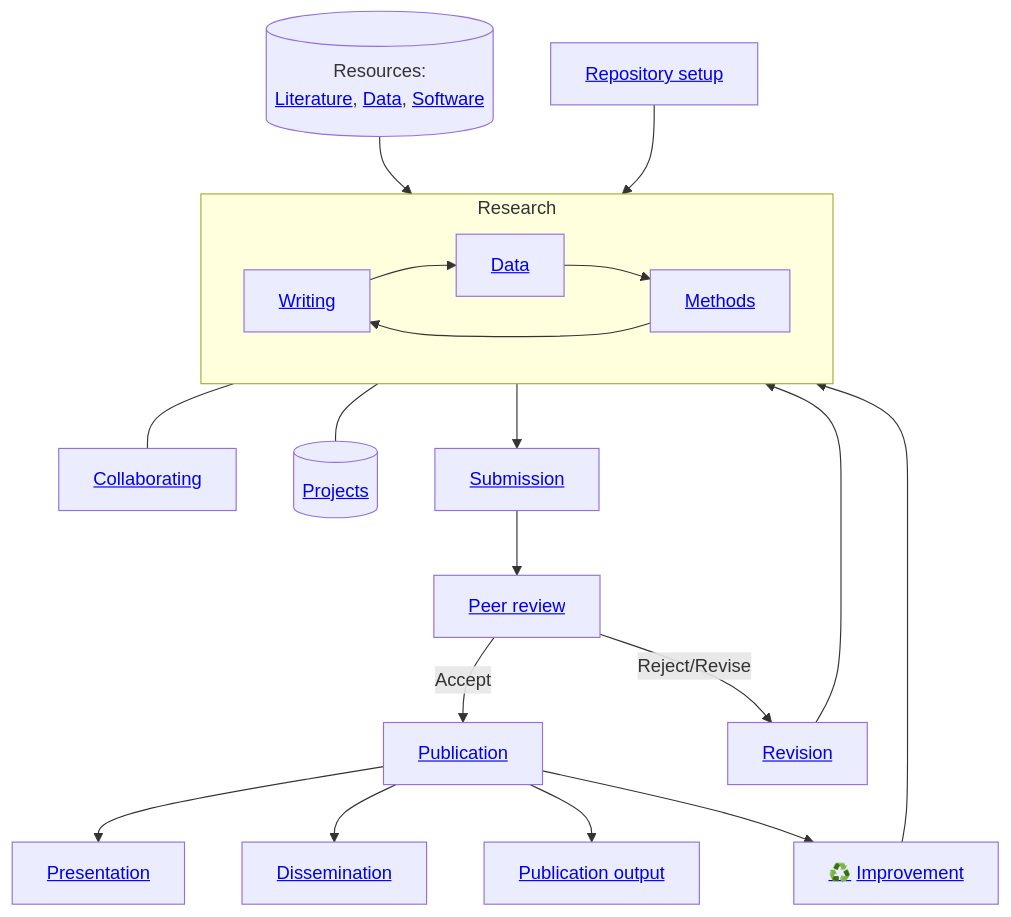
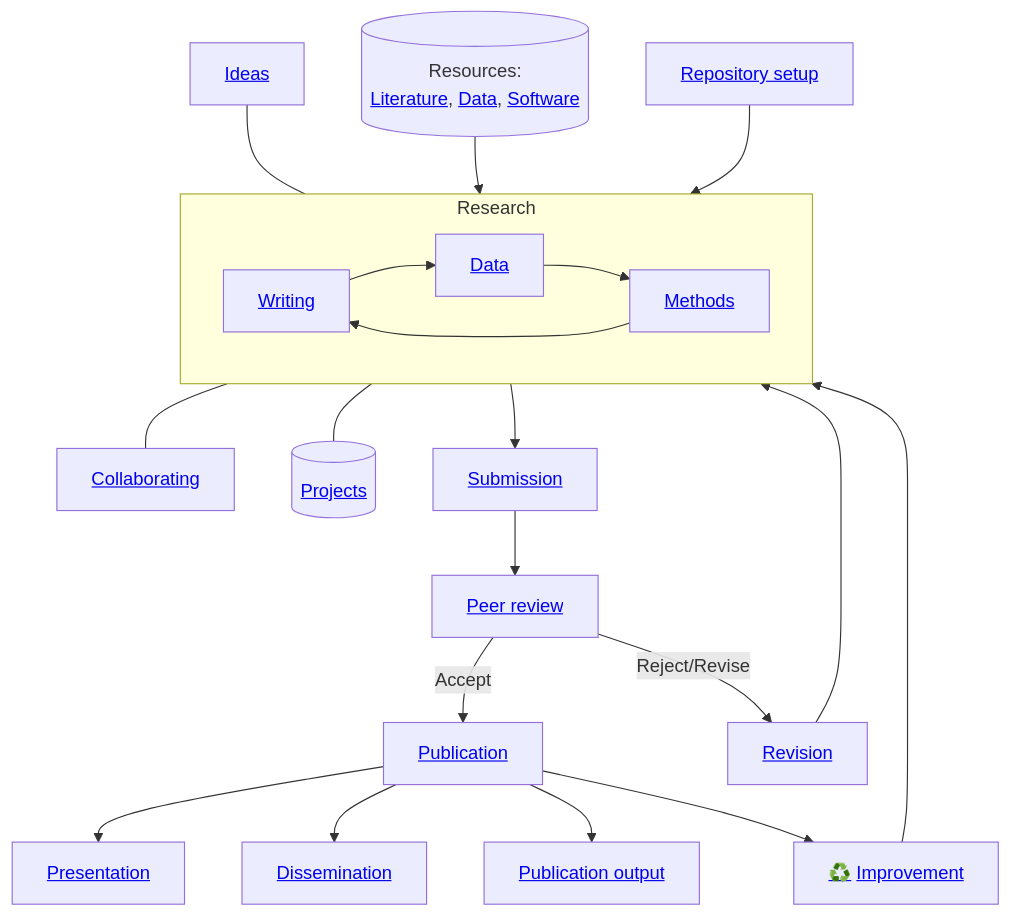
The diagram in docs/20-research/index.md (digital-work-lab/handbook), drawn with Mermaid before and after one commit. The commit also changed 1 other file, not shown here.

Commit message:
add ideas page

````diff
--- a/docs/20-research/index.md
+++ b/docs/20-research/index.md
@@ -14,27 +14,26 @@
 ```mermaid
 flowchart TB
-
+    Ideas["<a href='20_processes/20.09.ideas.html'>Ideas</a>"] --- Research
     subgraph Research
         Writing["<a href='20_processes/20.29.writing.html'>Writing</a>"] --> Data
         Methods["<a href='20_processes/20.18.methods.html'>Methods</a>"] --> Writing
         Data["<a href='20_processes/20.17.data.html'>Data</a>"] --> Methods
     end
 
     Research --- Collaborating["<a href='20_processes/20.16.collaboration.html'>Collaborating</a>"]
     Projects[("<a href='25-projects.html'>Projects</a>")]
     Research --- Projects
 
     Resources[("Resources:<br><a href='22-literature.html'>Literature</a>, <a href='23-data.html'>Data</a>, <a href='24-software.html'>Software</a>")] --> Research
     Setup["<a href='20_processes/20.15.repo-setup.html'>Repository setup</a>"] --> Research
     Research --> Submission["<a href='20_processes/20.30.pre-submission.html'>Submission</a>"]
     Submission --> Review["<a href='../50-service/50_processes/50.10.reviewer.html'>Peer review</a>"]
     Review -->|Accept| Publication["<a href='20_processes/20.33.publication.html'>Publication</a>"]
     Review -->|Reject/Revise| Revise["<a href='20_processes/20.32.revision.html'>Revision</a>"]
     Revise --> Research
     
     Publication --> Presentation["<a href='20_processes/20.28.presentation.html'>Presentation</a>"]
     Publication --> Dissemination["<a href='20_processes/20.34.dissemination.html'>Dissemination</a>"]
     Publication --> PublicationOutput["<a href='29-publications.html'>Publication output</a>"]
     Publication --> Improvement["<a href='../10-lab/10_processes/10.01.goals.html'>♻️</a> <a href='20_processes/20.35.improvement.html'>Improvement</a>"] --> Research
-
 ```
````
